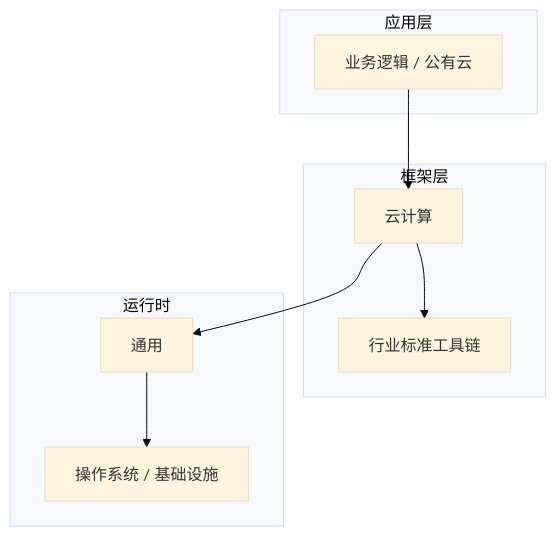
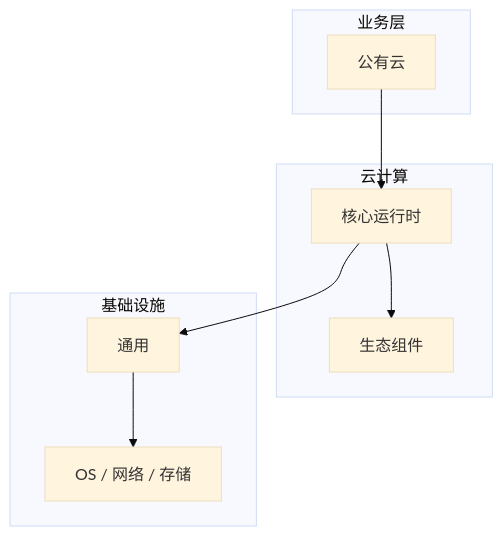
Before and after one commit to yanggan2015/knowledge-json-v2: the diagram in articles/云计算/chapters/021-公有云核心概念与原理.md, drawn with Mermaid (base theme). The commit also changed other lines of this file and 10127 other files, not shown here.

````diff
--- a/articles/云计算/chapters/021-公有云核心概念与原理.md
+++ b/articles/云计算/chapters/021-公有云核心概念与原理.md
@@ -45,18 +34,18 @@
 ```mermaid
 graph TB
-    subgraph 应用层
-        A[业务逻辑 / 公有云]
+    subgraph 业务层
+        A[公有云]
     end
-    subgraph 框架层
-        B[云计算]
-        C[行业标准工具链]
+    subgraph 云计算
+        B[核心运行时]
+        C[生态组件]
     end
-    subgraph 运行时
+    subgraph 基础设施
         D[通用]
-        E[操作系统 / 基础设施]
+        E[OS / 网络 / 存储]
     end
     A --> B
     B --> C
     B --> D
     D --> E
 ```
````
